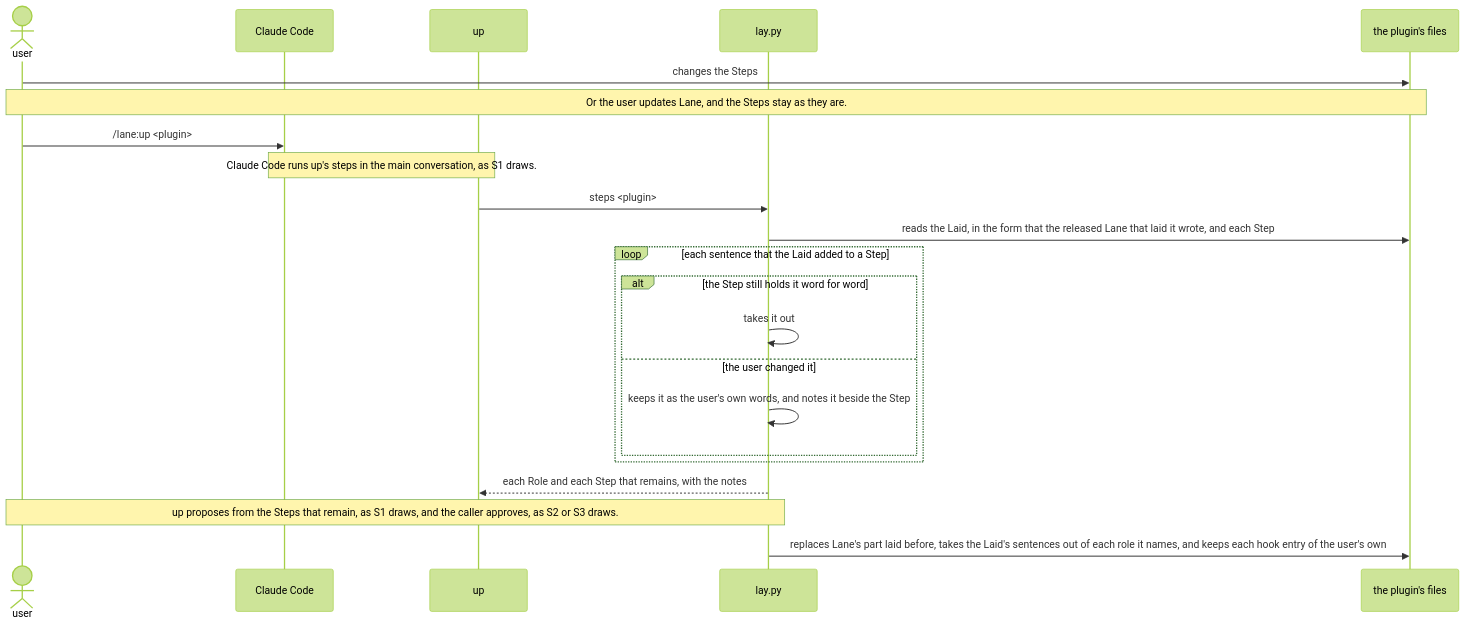
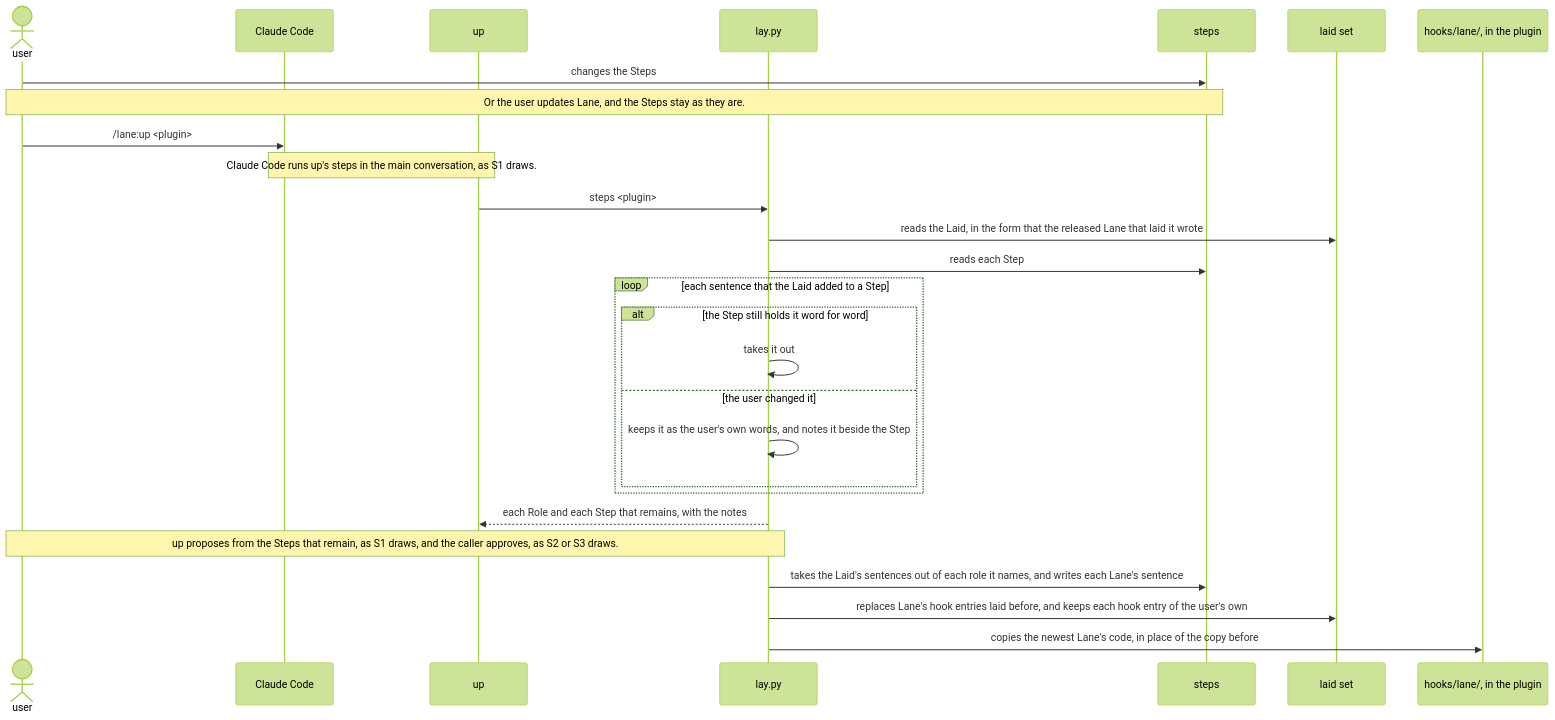
One commit to lovaizu/ccpm changed the fourth of 7 diagrams in dev/lane/architecture.md. Above: the diagram before and after it, drawn with Mermaid (forest theme). The commit also changed other lines of this file and 1 other file, not shown here.

````diff
--- a/dev/lane/architecture.md
+++ b/dev/lane/architecture.md
@@ -577,24 +588,29 @@
 ```mermaid
 sequenceDiagram
   actor U as user
   participant CC as Claude Code
   participant UP as up
   participant L as lay.py
-  participant F as the plugin's files
-  U->>F: changes the Steps
-  Note over U,F: Or the user updates Lane, and the Steps stay as they are.
+  participant ST as steps
+  participant LS as laid set
+  participant HL as hooks/lane/, in the plugin
+  U->>ST: changes the Steps
+  Note over U,ST: Or the user updates Lane, and the Steps stay as they are.
   U->>CC: /lane:up <plugin>
   Note over CC,UP: Claude Code runs up's steps in the main conversation, as S1 draws.
   UP->>L: steps <plugin>
-  L->>F: reads the Laid, in the form that the released Lane that laid it wrote, and each Step
+  L->>LS: reads the Laid, in the form that the released Lane that laid it wrote
+  L->>ST: reads each Step
   loop each sentence that the Laid added to a Step
     alt the Step still holds it word for word
       L->>L: takes it out
     else the user changed it
       L->>L: keeps it as the user's own words, and notes it beside the Step
     end
   end
   L-->>UP: each Role and each Step that remains, with the notes
   Note over U,L: up proposes from the Steps that remain, as S1 draws, and the caller approves, as S2 or S3 draws.
-  L->>F: replaces Lane's part laid before, takes the Laid's sentences out of each role it names, and keeps each hook entry of the user's own
+  L->>ST: takes the Laid's sentences out of each role it names, and writes each Lane's sentence
+  L->>LS: replaces Lane's hook entries laid before, and keeps each hook entry of the user's own
+  L->>HL: copies the newest Lane's code, in place of the copy before
 ```
````
